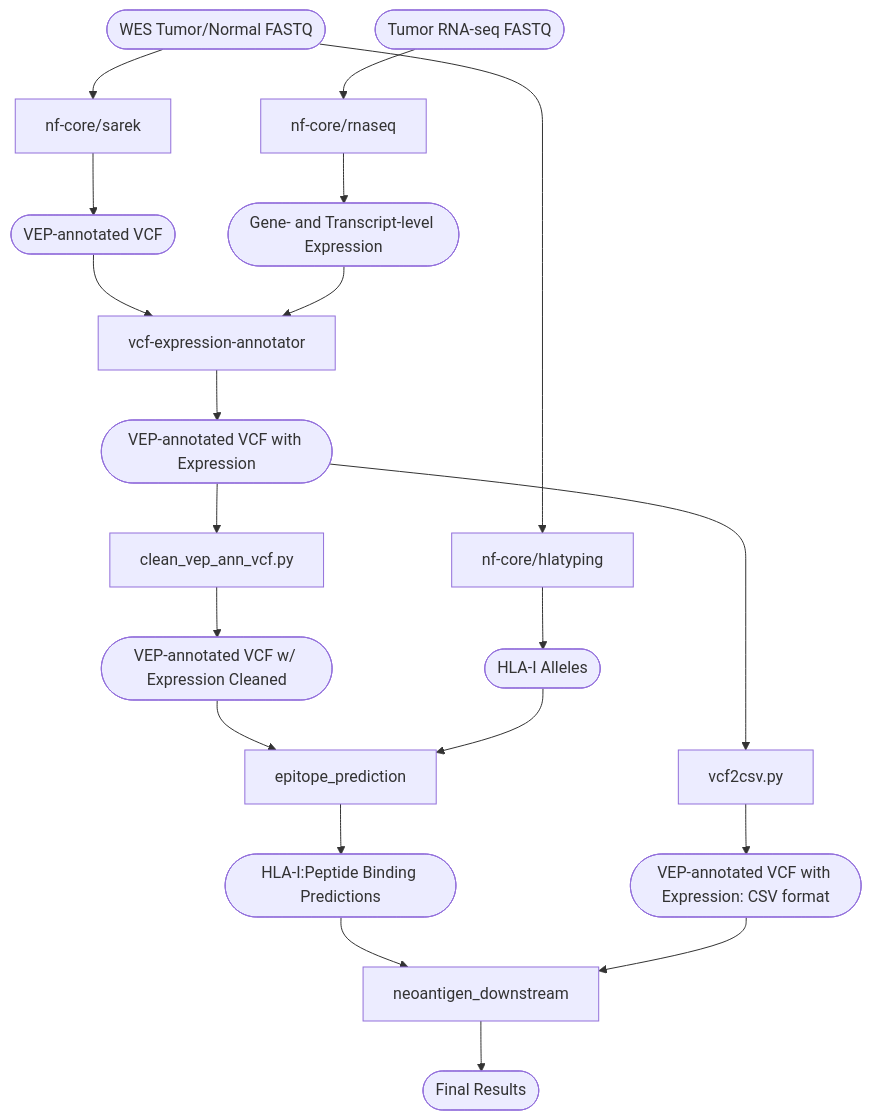
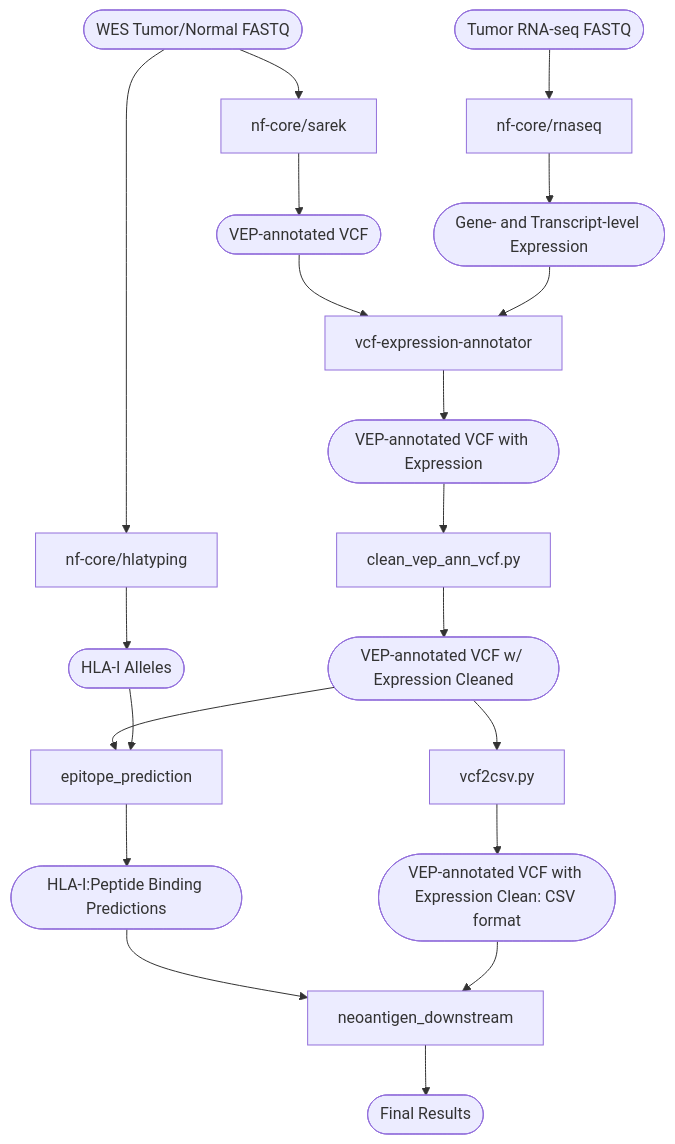
Before and after one commit to tylergross97/neoantigen_prediction_workflow: the diagram in README.md, drawn with Mermaid.

Commit message:
fixed mermaid

````diff
--- a/README.md
+++ b/README.md
@@ -27,22 +27,22 @@
 ```mermaid
 flowchart TD
     wes_fastq([WES Tumor/Normal FASTQ]) --> sarek[nf-core/sarek]
     sarek --> vep_vcf([VEP-annotated VCF])
     rnaseq_fastq([Tumor RNA-seq FASTQ]) --> rnaseq[nf-core/rnaseq]
     vep_vcf --> expr_annotator[vcf-expression-annotator]
     rnaseq --> gtx([Gene- and Transcript-level Expression])
     gtx --> expr_annotator
     expr_annotator --> expr_vcf([VEP-annotated VCF with Expression])
     wes_fastq --> hlatyping[nf-core/hlatyping]
     hlatyping --> hla_alleles([HLA-I Alleles])
     expr_vcf --> expr_vcf_cleaner[clean_vep_ann_vcf.py]
     expr_vcf_cleaner --> clean_expr_vcf([VEP-annotated VCF w/ Expression Cleaned])
     clean_expr_vcf --> epipred[epitope_prediction]
-    expr_vcf --> vcf_2_csv[vcf2csv.py]
-    vcf_2_csv --> expr_vcf_csv([VEP-annotated VCF with Expression: CSV format])
+    clean_expr_vcf --> vcf_2_csv[vcf2csv.py]
+    vcf_2_csv --> expr_vcf_csv([VEP-annotated VCF with Expression Clean: CSV format])
     hla_alleles --> epipred
     epipred --> hla_pep([HLA-I:Peptide Binding Predictions])
     hla_pep --> downstream[neoantigen_downstream]
     expr_vcf_csv --> downstream
     downstream --> final([Final Results])
 ```
````
